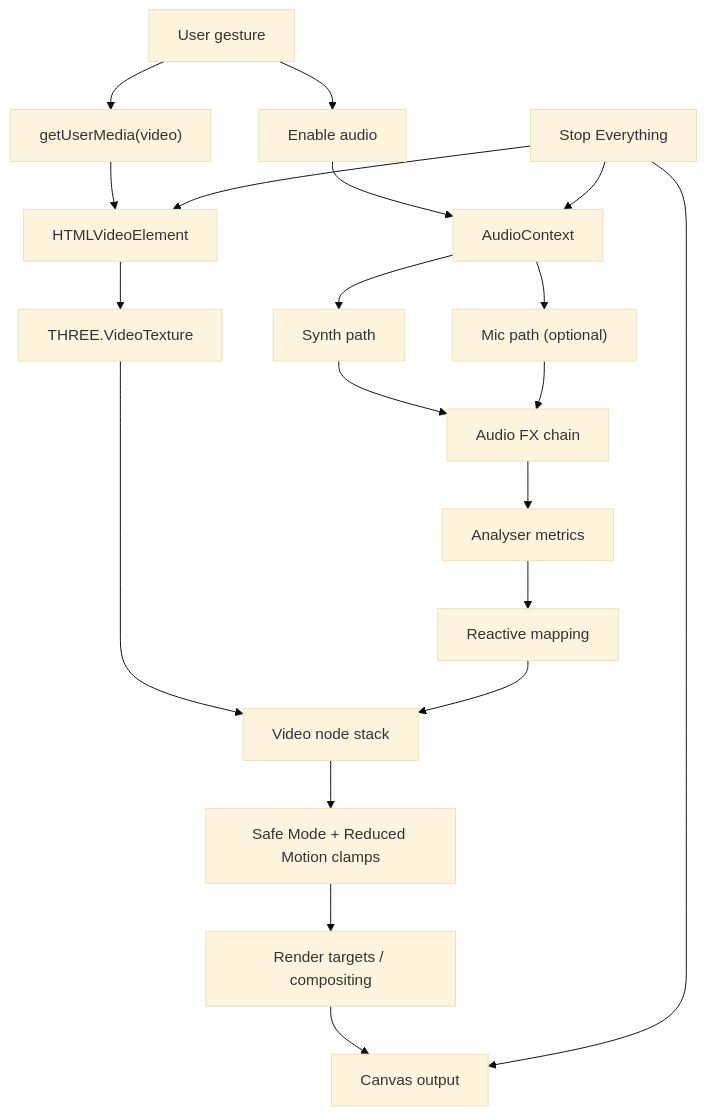
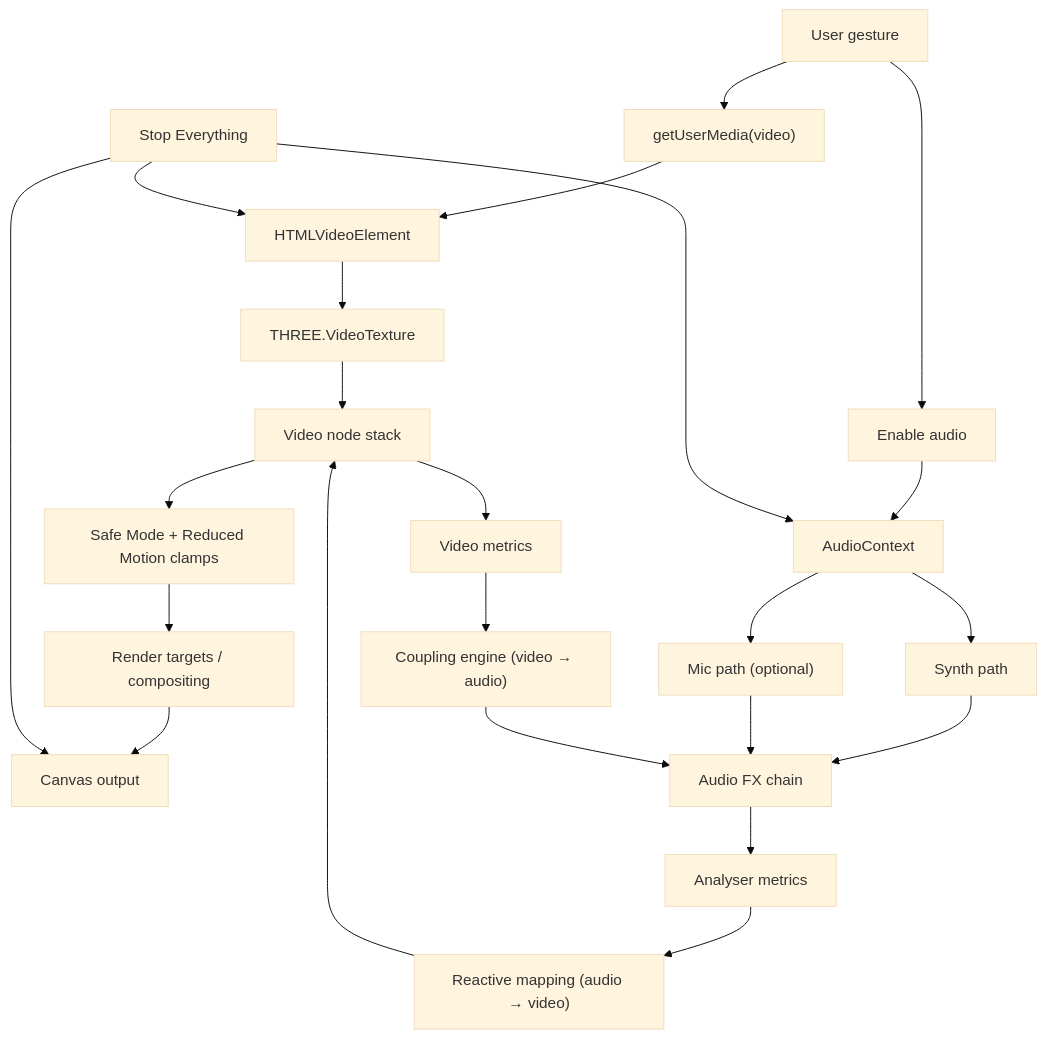
The second of 2 diagrams in README.md (sebastianspicker/inner-echo), drawn with Mermaid (base theme) before and after one commit. The commit also changed other lines of this file and 23 other files, not shown here.

````diff
--- a/README.md
+++ b/README.md
@@ -84,25 +87,29 @@
 ```mermaid
 flowchart TD
   G["User gesture"] --> VREQ["getUserMedia(video)"]
   G --> AEN["Enable audio"]
 
   VREQ --> VIDEO["HTMLVideoElement"]
   VIDEO --> VTEX["THREE.VideoTexture"]
   VTEX --> VSTACK["Video node stack"]
   VSTACK --> VSAFE["Safe Mode + Reduced Motion clamps"]
   VSAFE --> VFBO["Render targets / compositing"]
   VFBO --> VCANVAS["Canvas output"]
 
   AEN --> ACTX["AudioContext"]
   ACTX --> SYNTH["Synth path"]
   ACTX --> MIC["Mic path (optional)"]
   SYNTH --> AFX["Audio FX chain"]
   MIC --> AFX
   AFX --> ANALYSER["Analyser metrics"]
-  ANALYSER --> REACTIVE["Reactive mapping"]
+  ANALYSER --> REACTIVE["Reactive mapping (audio → video)"]
   REACTIVE --> VSTACK
+
+  VSTACK --> VMETRICS["Video metrics"]
+  VMETRICS --> COUPLING["Coupling engine (video → audio)"]
+  COUPLING --> AFX
 
   STOP["Stop Everything"] --> VCANVAS
   STOP --> ACTX
   STOP --> VIDEO
 ```
````
